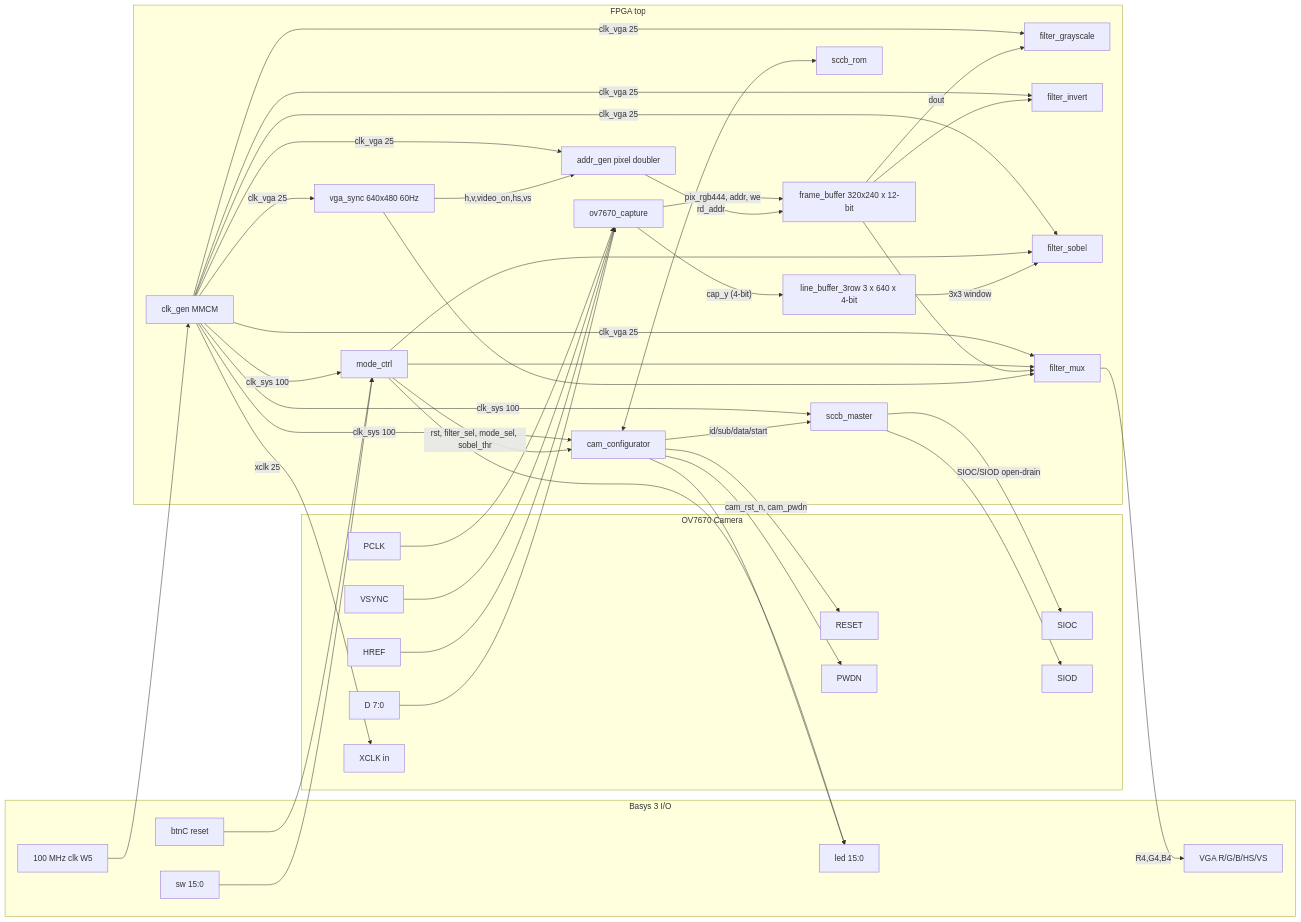
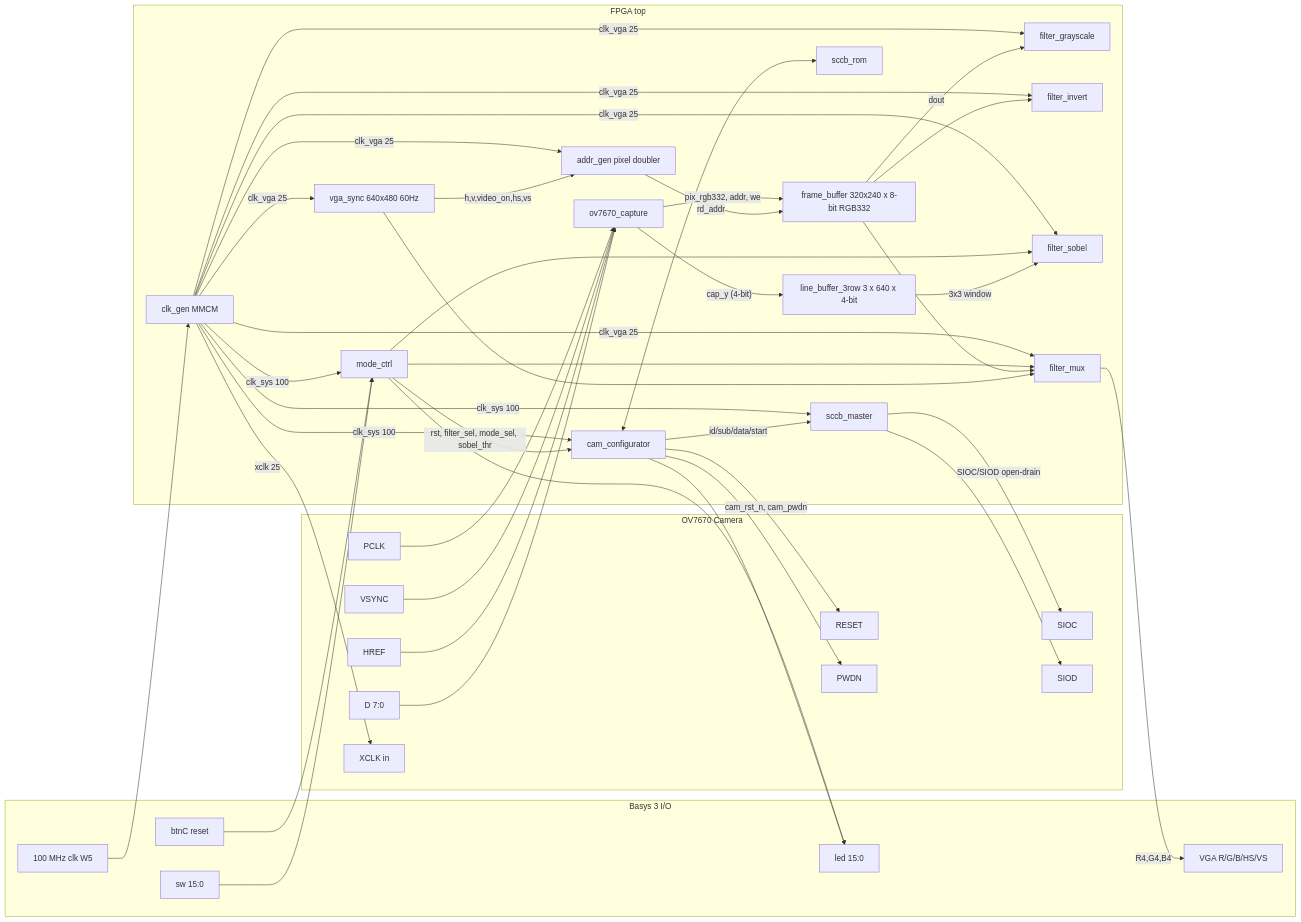
Before and after one commit to NatSilprasert/final-hardware-lab: the diagram in doc/block_diagram.md, drawn with Mermaid. The commit also changed 5 other files, not shown here.

```diff
--- a/doc/block_diagram.md
+++ b/doc/block_diagram.md
@@ -29,7 +29,7 @@
         SCCB[sccb_master]
         ROM[sccb_rom]
         Cap[ov7670_capture]
-        FB[frame_buffer 320x240 x 12-bit]
+        FB[frame_buffer 320x240 x 8-bit RGB332]
         LB[line_buffer_3row 3 x 640 x 4-bit]
         VGASync[vga_sync 640x480 60Hz]
         AddrGen[addr_gen pixel doubler]
@@ -69,7 +69,7 @@
     CamHREF --> Cap
     CamD --> Cap
 
-    Cap -- "pix_rgb444, addr, we" --> FB
+    Cap -- "pix_rgb332, addr, we" --> FB
     Cap -- "cap_y (4-bit)" --> LB
     LB -- "3x3 window" --> Sobel
     FB -- "dout" --> Gray
```
